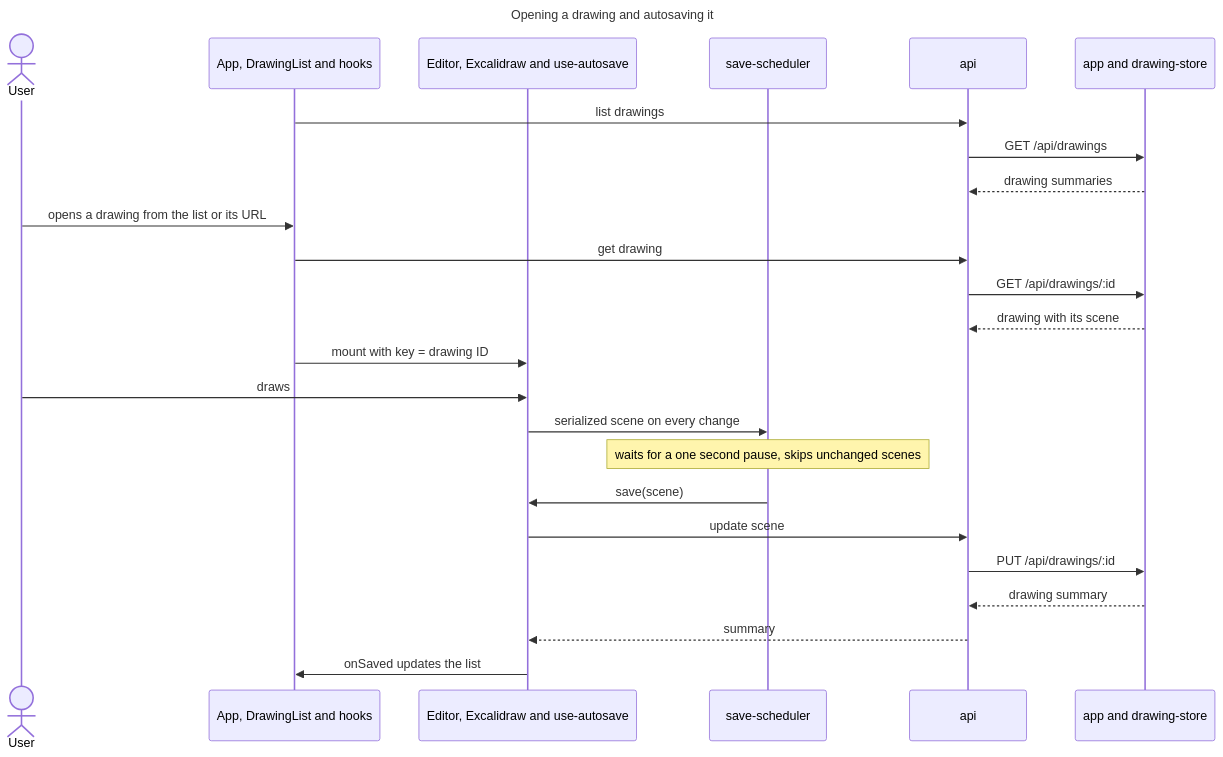
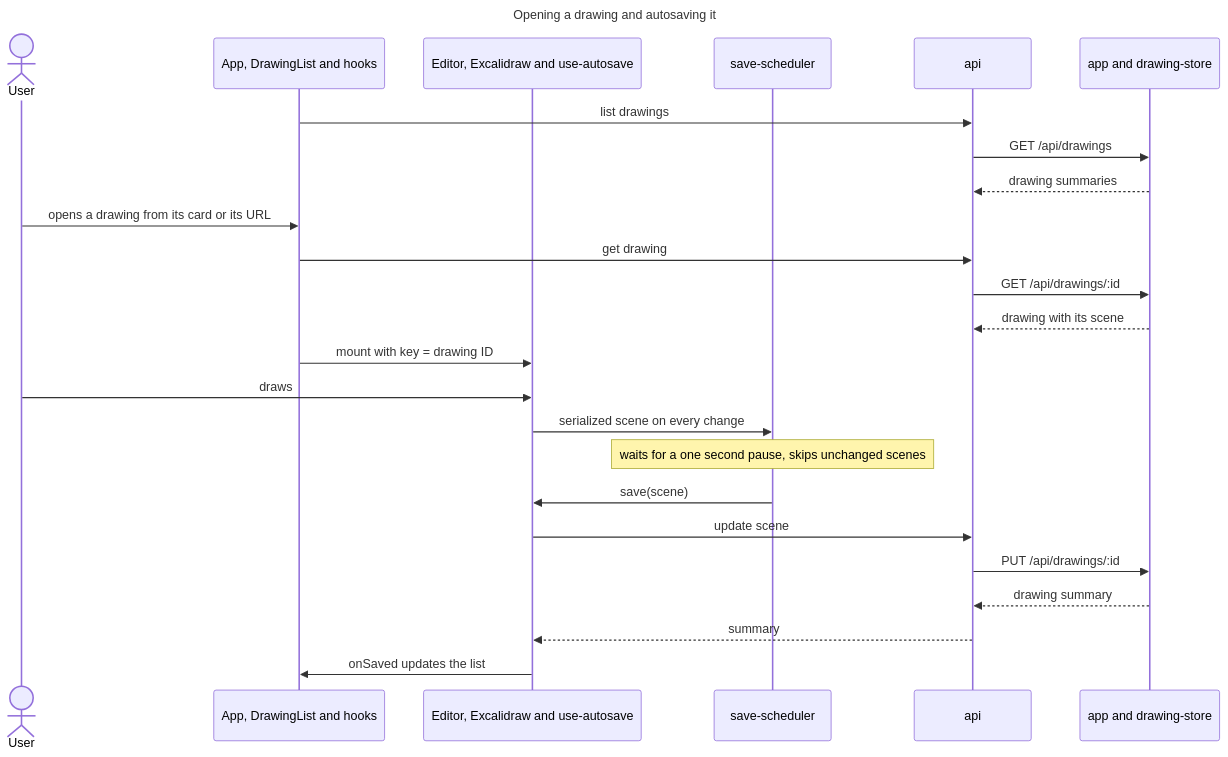
Before and after one commit to remshams/excalidraw-dashboard: the eighth of 10 diagrams in docs/architecture/architecture.md, drawn with Mermaid. The commit also changed other lines of this file and 1 other file, not shown here.

Commit message:
docs(Architecture): describe the landing page and the editor view

````diff
--- a/docs/architecture/architecture.md
+++ b/docs/architecture/architecture.md
@@ -205,29 +213,29 @@
 ```mermaid
 ---
 title: Opening a drawing and autosaving it
 ---
 sequenceDiagram
     actor User
     participant App as App, DrawingList and hooks
     participant Editor as Editor, Excalidraw and use-autosave
     participant Scheduler as save-scheduler
     participant Api as api
     participant Server as app and drawing-store
     App->>Api: list drawings
     Api->>Server: GET /api/drawings
     Server-->>Api: drawing summaries
-    User->>App: opens a drawing from the list or its URL
+    User->>App: opens a drawing from its card or its URL
     App->>Api: get drawing
     Api->>Server: GET /api/drawings/:id
     Server-->>Api: drawing with its scene
     App->>Editor: mount with key = drawing ID
     User->>Editor: draws
     Editor->>Scheduler: serialized scene on every change
     Note over Scheduler: waits for a one second pause, skips unchanged scenes
     Scheduler->>Editor: save(scene)
     Editor->>Api: update scene
     Api->>Server: PUT /api/drawings/:id
     Server-->>Api: drawing summary
     Api-->>Editor: summary
     Editor->>App: onSaved updates the list
 ```
````
